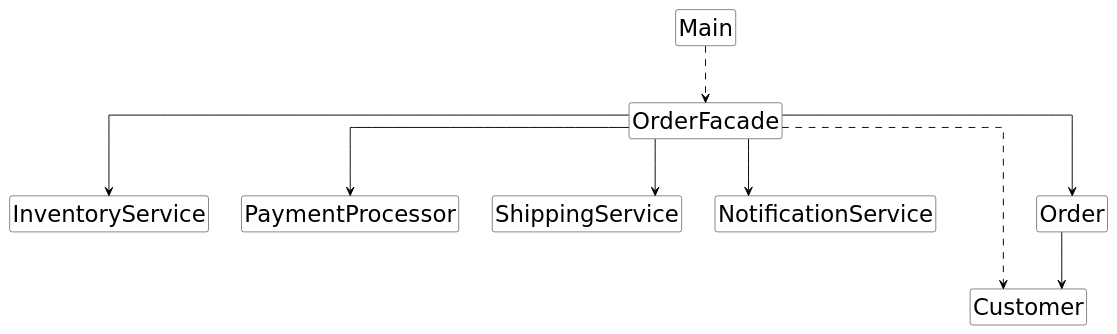
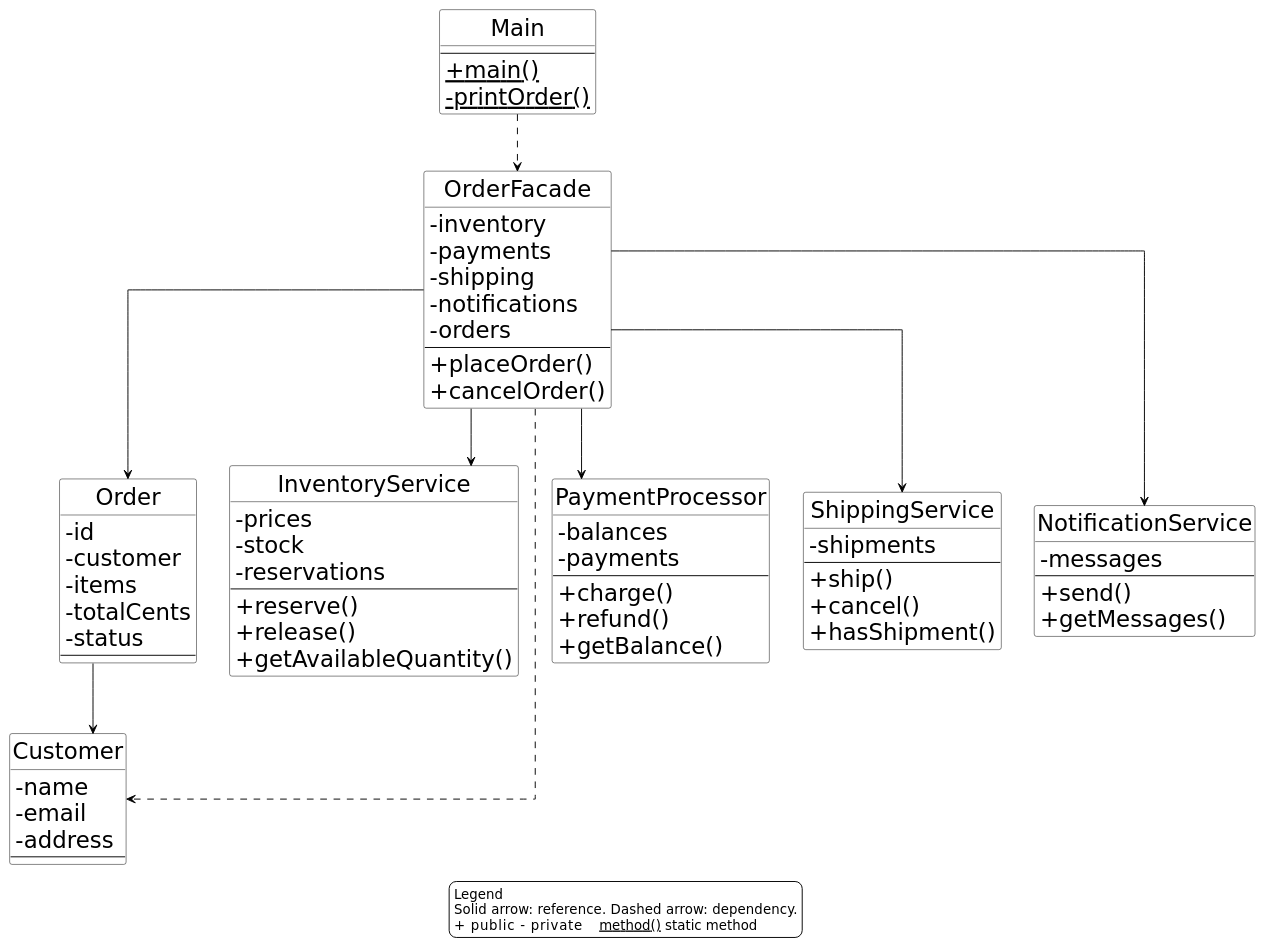
The diagram in docs/uml-class-diagram.puml (adilzhandev/AITU-SDP-A4-Facade), drawn with PlantUML before and after one commit. The commit also changed 5 other files, not shown here.

Commit message:
docs: add UML members and notation legend

```diff
--- a/docs/uml-class-diagram.puml
+++ b/docs/uml-class-diagram.puml
@@ -1,32 +1,99 @@
 @startuml
 top to bottom direction
 skinparam backgroundColor white
 skinparam shadowing false
 skinparam defaultFontName DejaVu Sans
 skinparam defaultFontSize 24
-skinparam classFontSize 24
+skinparam defaultFontStyle plain
+skinparam classFontSize 26
+skinparam classFontStyle plain
+skinparam classAttributeFontSize 24
+skinparam classAttributeFontStyle plain
+skinparam classAttributeIconSize 0
 skinparam classBackgroundColor white
 skinparam classBorderColor black
 skinparam arrowColor black
 skinparam linetype ortho
-hide members
 hide circle
 
-class Main
-class OrderFacade
-class InventoryService
-class PaymentProcessor
-class ShippingService
-class NotificationService
-class Customer
-class Order
+class Main {
+    --
+    {static} + main()
+    {static} - printOrder()
+}
+
+class OrderFacade {
+    - inventory
+    - payments
+    - shipping
+    - notifications
+    - orders
+    --
+    + placeOrder()
+    + cancelOrder()
+}
+
+class Customer {
+    - name
+    - email
+    - address
+    --
+}
+
+class Order {
+    - id
+    - customer
+    - items
+    - totalCents
+    - status
+    --
+}
+
+class InventoryService {
+    - prices
+    - stock
+    - reservations
+    --
+    + reserve()
+    + release()
+    + getAvailableQuantity()
+}
+
+class PaymentProcessor {
+    - balances
+    - payments
+    --
+    + charge()
+    + refund()
+    + getBalance()
+}
+
+class ShippingService {
+    - shipments
+    --
+    + ship()
+    + cancel()
+    + hasShipment()
+}
+
+class NotificationService {
+    - messages
+    --
+    + send()
+    + getMessages()
+}
 
 Main ..> OrderFacade
 OrderFacade --> InventoryService
 OrderFacade --> PaymentProcessor
 OrderFacade --> ShippingService
 OrderFacade --> NotificationService
 OrderFacade ..> Customer
 OrderFacade --> Order
 Order --> Customer
+legend bottom
+  Legend
+  Solid arrow: reference. Dashed arrow: dependency.
+  + public    - private    <u>method()</u> static method
+endlegend
 @enduml
```
